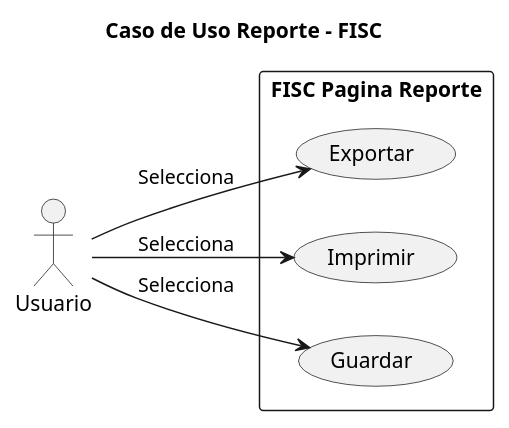
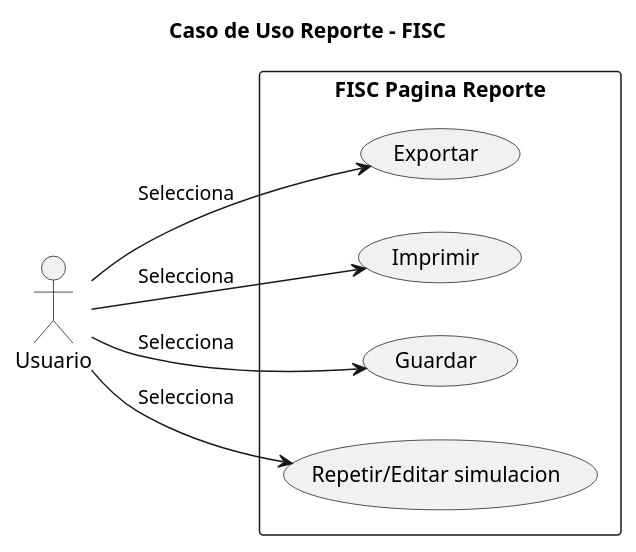
One commit to mmasias/23-24-IdSw1-SDR changed the diagram in casosDeUso/casoUsoReporte.puml. Above: the diagram before and after it, drawn with PlantUML. The commit also changed 3 other files, not shown here.

```diff
--- a/casosDeUso/casoUsoReporte.puml
+++ b/casosDeUso/casoUsoReporte.puml
@@ -1,19 +1,21 @@
 @startuml
 
 title Caso de Uso Reporte - FISC
 
 left to right direction
 
 actor Usuario as user7
 
 rectangle "FISC Pagina Reporte" {
   usecase "Exportar" as exportareporte
   usecase "Imprimir" as imprimir
   usecase "Guardar" as guardar
+  usecase "Repetir/Editar simulacion" as same
 }
 
 user7 --> exportareporte : "Selecciona"
 user7 --> imprimir : "Selecciona"
 user7 --> guardar : "Selecciona"
+user7 --> same : "Selecciona"
 
 @enduml
```
